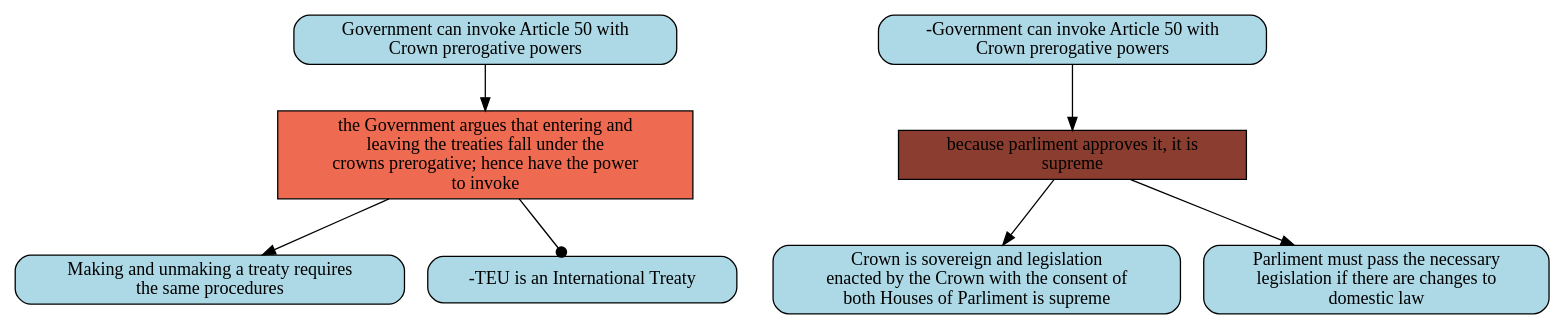
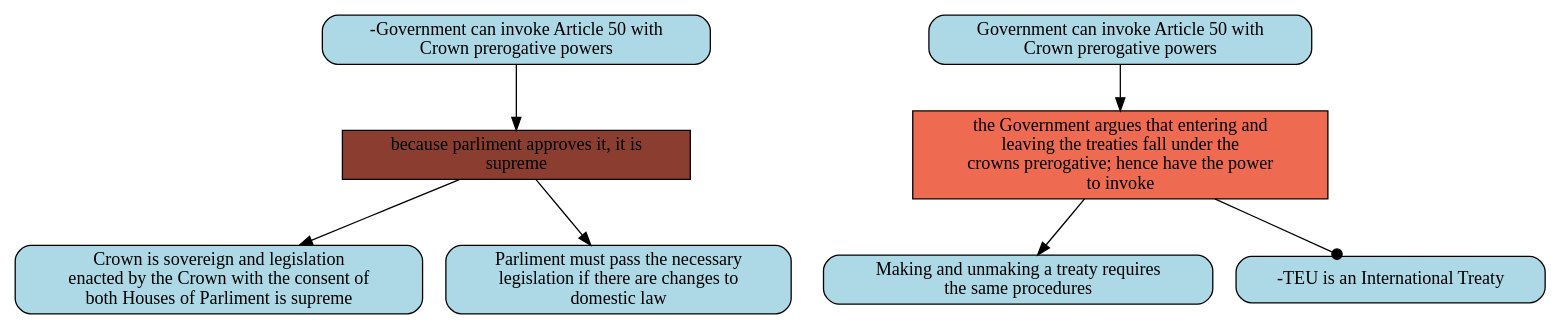
Before and after one commit to goweiting/carneades-ext: the diagram in system/dot/qnoflaw/1_1.dot, drawn with Graphviz. The commit also changed other lines of this file and 41 other files, not shown here.

```diff
--- a/system/dot/qnoflaw/1_1.dot
+++ b/system/dot/qnoflaw/1_1.dot
@@ -1,16 +1,16 @@
 digraph G{ 
+"because parliment approves it, it is\nsupreme" [color="black", fillcolor="coral4",fixedsize=false, shape=box, style="filled"]; 
+"-Government can invoke Article 50 with\nCrown prerogative powers" [color="black", fillcolor="lightblue", fixedsize=false,  shape="box", style="rounded,filled"]; 
+"Government can invoke Article 50 with\nCrown prerogative powers" [color="black", fillcolor="lightblue", fixedsize=false,  shape="box", style="rounded,filled"]; 
+"Crown is sovereign and legislation\nenacted by the Crown with the consent of\nboth Houses of Parliment is supreme" [color="black", fillcolor="lightblue", fixedsize=false,  shape="box", style="rounded,filled"]; 
+"Parliment must pass the necessary\nlegislation if there are changes to\ndomestic law" [color="black", fillcolor="lightblue", fixedsize=false,  shape="box", style="rounded,filled"]; 
 "the Government argues that entering and\nleaving the treaties fall under the\ncrowns prerogative; hence have the power\nto invoke" [color="black", fillcolor="coral2",fixedsize=false, shape=box, style="filled"]; 
-"Government can invoke Article 50 with\nCrown prerogative powers" [color="black", fillcolor="lightblue", fixedsize=false,  shape="box", style="rounded,filled"]; 
-"-Government can invoke Article 50 with\nCrown prerogative powers" [color="black", fillcolor="lightblue", fixedsize=false,  shape="box", style="rounded,filled"]; 
 "Making and unmaking a treaty requires\nthe same procedures" [color="black", fillcolor="lightblue", fixedsize=false,  shape="box", style="rounded,filled"]; 
 "-TEU is an International Treaty" [color="black", fillcolor="lightblue", fixedsize=false,  shape="box", style="rounded,filled"]; 
-"because parliment approves it, it is\nsupreme" [color="black", fillcolor="coral4",fixedsize=false, shape=box, style="filled"]; 
-"Crown is sovereign and legislation\nenacted by the Crown with the consent of\nboth Houses of Parliment is supreme" [color="black", fillcolor="lightblue", fixedsize=false,  shape="box", style="rounded,filled"]; 
-"Parliment must pass the necessary\nlegislation if there are changes to\ndomestic law" [color="black", fillcolor="lightblue", fixedsize=false,  shape="box", style="rounded,filled"]; 
+"-Government can invoke Article 50 with\nCrown prerogative powers" -> "because parliment approves it, it is\nsupreme" ; 
+"because parliment approves it, it is\nsupreme" -> "Crown is sovereign and legislation\nenacted by the Crown with the consent of\nboth Houses of Parliment is supreme" ; 
+"because parliment approves it, it is\nsupreme" -> "Parliment must pass the necessary\nlegislation if there are changes to\ndomestic law" ; 
 "Government can invoke Article 50 with\nCrown prerogative powers" -> "the Government argues that entering and\nleaving the treaties fall under the\ncrowns prerogative; hence have the power\nto invoke" ; 
 "the Government argues that entering and\nleaving the treaties fall under the\ncrowns prerogative; hence have the power\nto invoke" -> "Making and unmaking a treaty requires\nthe same procedures" ; 
 "the Government argues that entering and\nleaving the treaties fall under the\ncrowns prerogative; hence have the power\nto invoke" -> "-TEU is an International Treaty" [arrowhead=dot] ; 
-"-Government can invoke Article 50 with\nCrown prerogative powers" -> "because parliment approves it, it is\nsupreme" ; 
-"because parliment approves it, it is\nsupreme" -> "Crown is sovereign and legislation\nenacted by the Crown with the consent of\nboth Houses of Parliment is supreme" ; 
-"because parliment approves it, it is\nsupreme" -> "Parliment must pass the necessary\nlegislation if there are changes to\ndomestic law" ; 
 }
```
